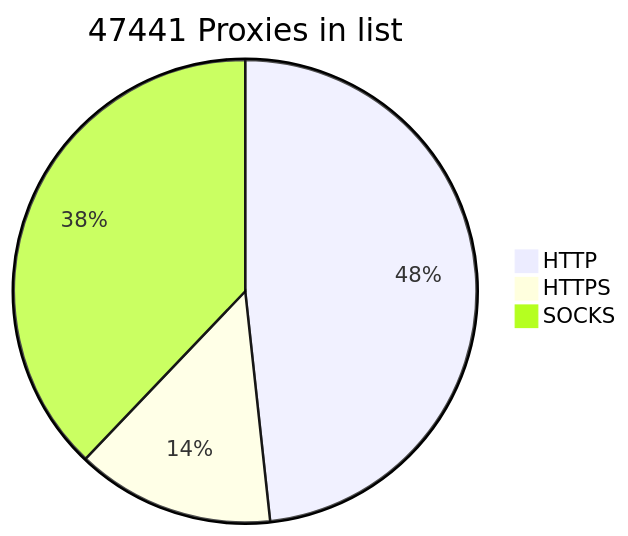
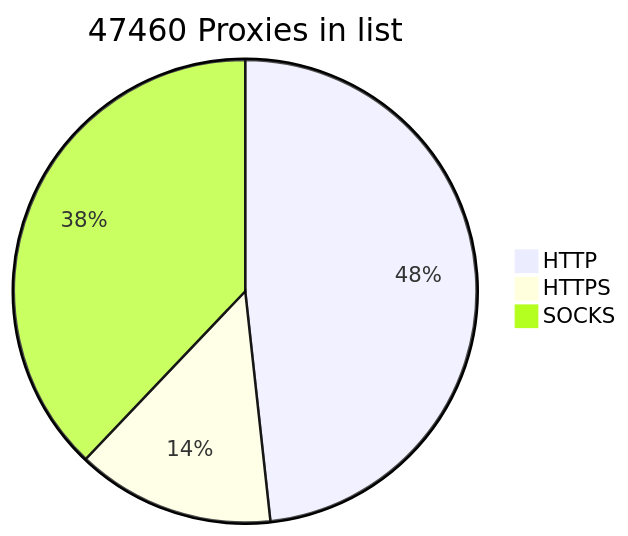
The diagram in README.md (BlackSnowDot/proxylist-update-every-minute), drawn with Mermaid before and after one commit.

````diff
--- a/README.md
+++ b/README.md
@@ -2,6 +2,6 @@
 ```mermaid
-pie title 47441 Proxies in list
+pie title 47460 Proxies in list
     "HTTP" : 25596
     "HTTPS": 7337
-    "SOCKS" : 20082
+    "SOCKS" : 20101
 ```
````
